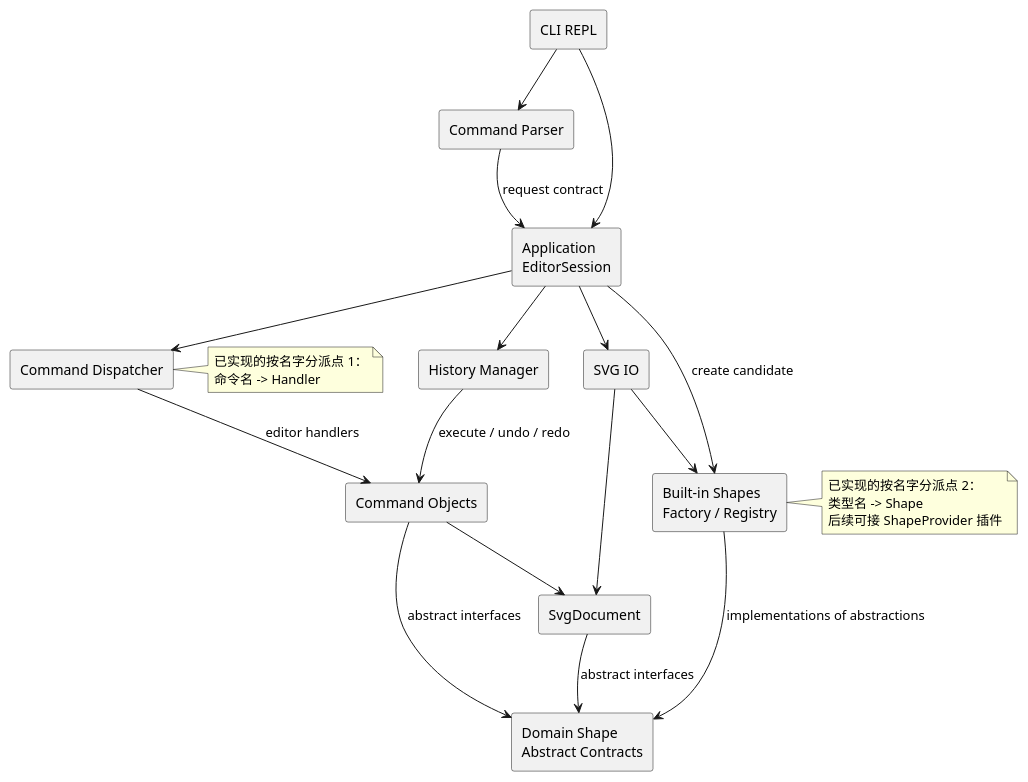
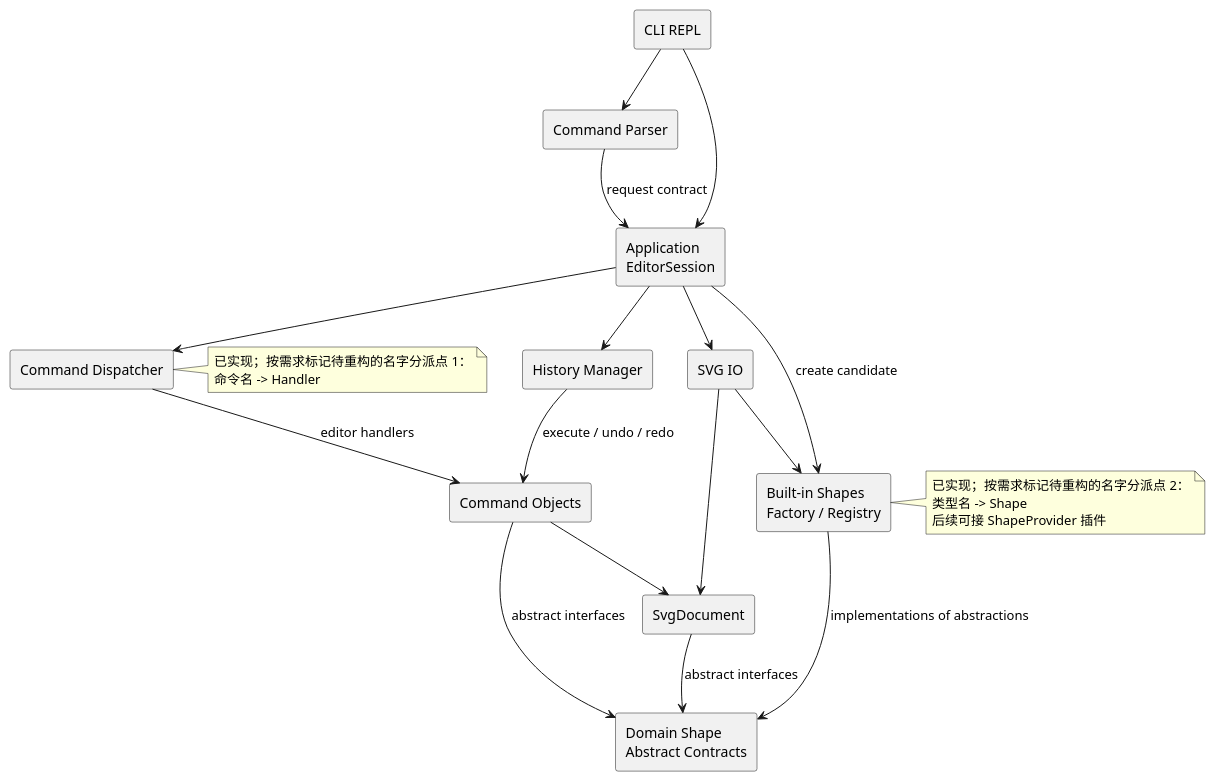
One commit to Mengyzh-2003/SVG-cli changed the diagram in doc/README.md. Above: the diagram before and after it, drawn with PlantUML. The commit also changed other lines of this file and 11 other files, not shown here.

````diff
--- a/doc/README.md
+++ b/doc/README.md
@@ -90,43 +90,43 @@
 ```plantuml
 @startuml
 skinparam componentStyle rectangle
 
 component "CLI REPL" as cli
 component "Command Parser" as parser
 component "Application\nEditorSession" as app
 component "Command Dispatcher" as dispatcher
 component "History Manager" as history
 component "Command Objects" as commands
 component "SVG IO" as io
 component "Built-in Shapes\nFactory / Registry" as factory
 component "SvgDocument" as document
 component "Domain Shape\nAbstract Contracts" as shapes
 
 cli --> parser
 cli --> app
 parser --> app : request contract
 app --> dispatcher
 app --> history
 app --> factory : create candidate
 dispatcher --> commands : editor handlers
 history --> commands : execute / undo / redo
 commands --> document
 commands --> shapes : abstract interfaces
 document --> shapes : abstract interfaces
 app --> io
 io --> factory
 factory --> shapes : implementations of abstractions
 io --> document
 
 note right of dispatcher
-已实现的按名字分派点 1：
+已实现；按需求标记待重构的名字分派点 1：
 命令名 -> Handler
 end note
 
 note right of factory
-已实现的按名字分派点 2：
+已实现；按需求标记待重构的名字分派点 2：
 类型名 -> Shape
 后续可接 ShapeProvider 插件
 end note
 @enduml
 ```
````
